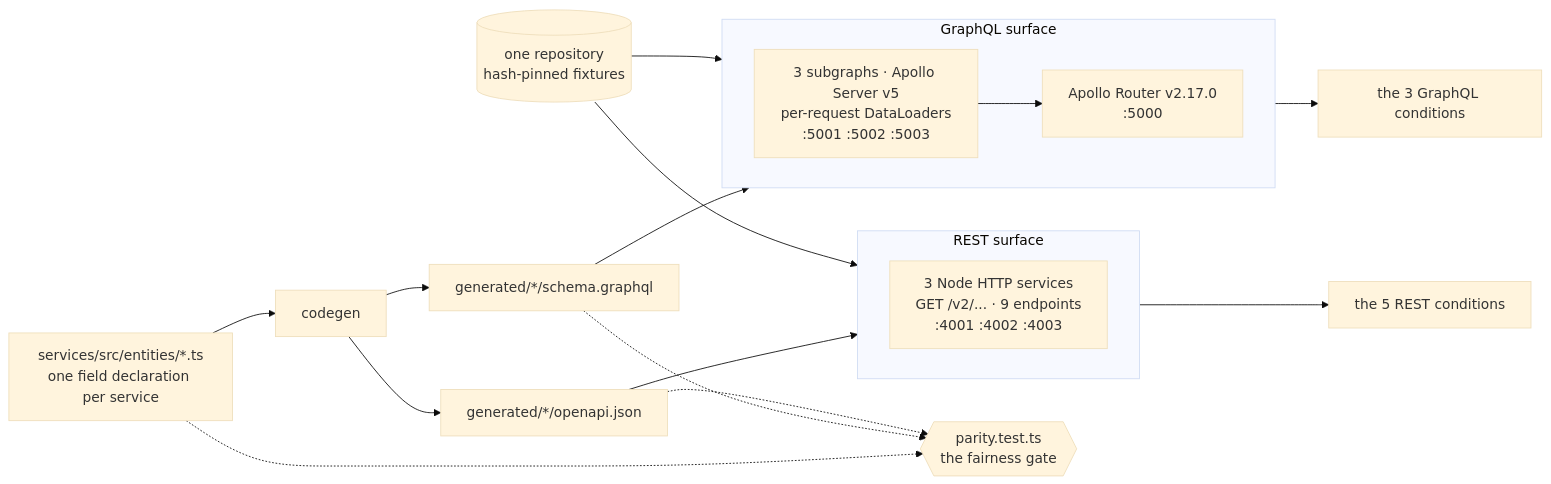
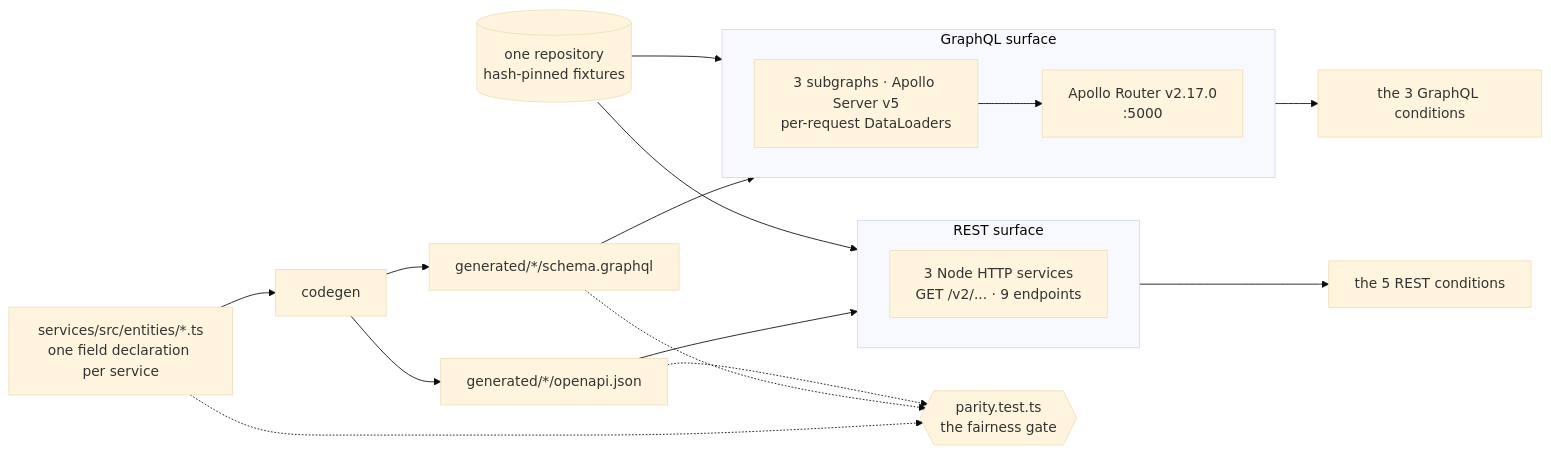
Before and after one commit to apollographql/graphql-mcp-benchmarks: the second of 3 diagrams in WRITEUP.md, drawn with Mermaid (base theme). The commit also changed other lines of this file and 2 other files, not shown here.

````diff
--- a/WRITEUP.md
+++ b/WRITEUP.md
@@ -90,31 +87,31 @@
 ```mermaid
 flowchart LR
     ENT["services/src/entities/*.ts<br/>one field declaration per service"]
     ENT --> GEN["codegen"]
     GEN --> SDL["generated/*/schema.graphql"]
     GEN --> OAS["generated/*/openapi.json"]
 
     ENT -.-> PAR{{"parity.test.ts<br/>the fairness gate"}}
     SDL -.-> PAR
     OAS -.-> PAR
 
     FIX[("one repository<br/>hash-pinned fixtures")]
 
     subgraph GQL ["GraphQL surface"]
         direction LR
-        SUB["3 subgraphs · Apollo Server v5<br/>per-request DataLoaders<br/>:5001 :5002 :5003"] --> ROUTER["Apollo Router v2.17.0<br/>:5000"]
+        SUB["3 subgraphs · Apollo Server v5<br/>per-request DataLoaders"] --> ROUTER["Apollo Router v2.17.0<br/>:5000"]
     end
 
     subgraph RST ["REST surface"]
         direction LR
-        REST["3 Node HTTP services<br/>GET /v2/... · 9 endpoints<br/>:4001 :4002 :4003"]
+        REST["3 Node HTTP services<br/>GET /v2/... · 9 endpoints"]
     end
 
     SDL --> SUB
     OAS --> REST
     FIX --> SUB
     FIX --> REST
 
     ROUTER --> GC["the 3 GraphQL conditions"]
     REST --> RC["the 5 REST conditions"]
 ```
````
